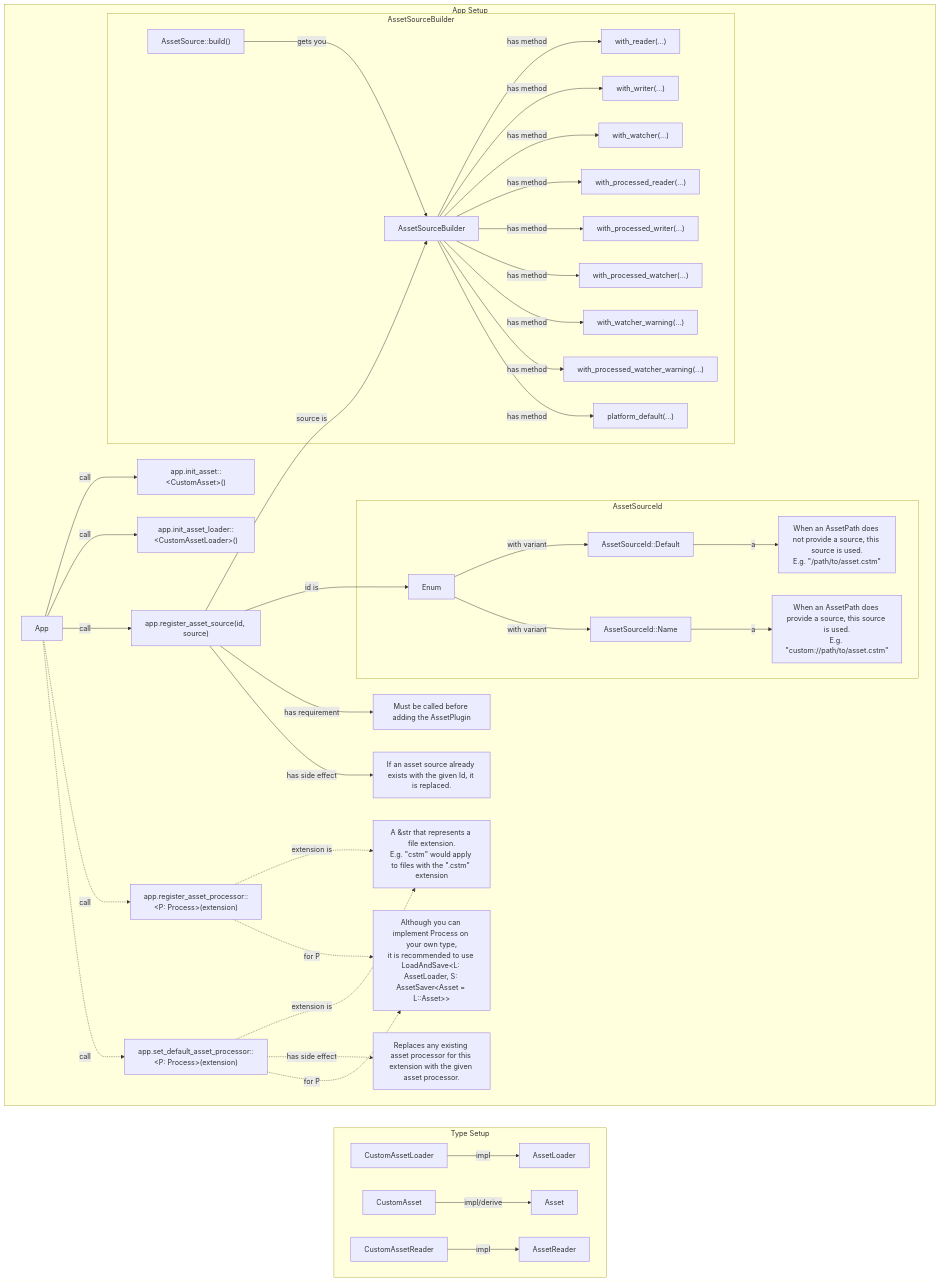
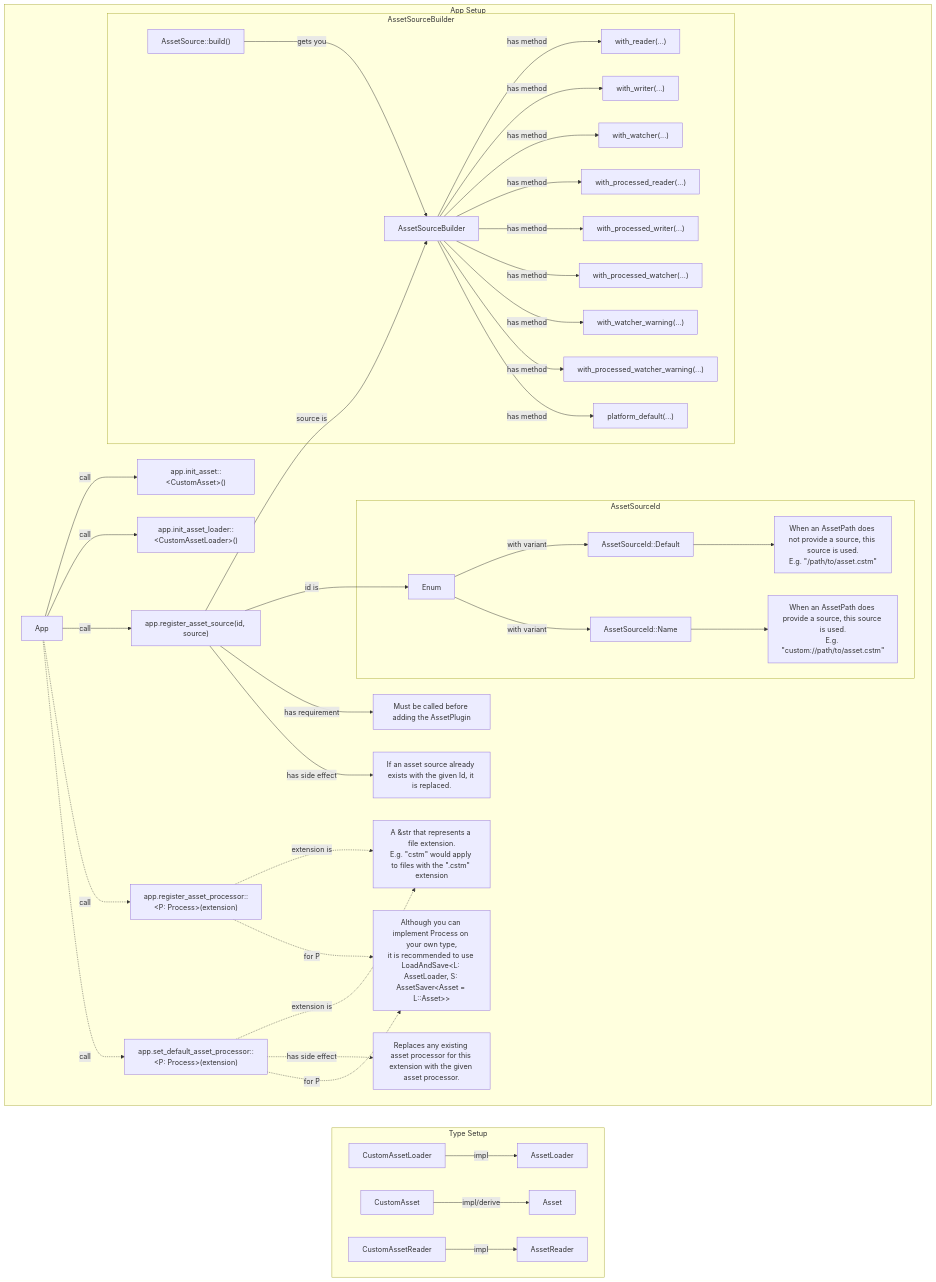
One commit to thepackett/BevyAssetsScratchpad changed the diagram in README.md. Above: the diagram before and after it, drawn with Mermaid. The commit also changed other lines of this file, not shown here.

````diff
--- a/README.md
+++ b/README.md
@@ -4,79 +4,79 @@
 ```mermaid
 graph TD
 subgraph AppSetup[App Setup]
   direction LR
   app -->|call| init_asset
   app -->|call| init_asset_loader
   app -->|call| register_asset_source
   app -.->|call| register_asset_processor
   app -.->|call| set_default_asset_processor
   register_asset_source -->|id is| asset_source_id
   register_asset_source -->|source is| asset_source_builder
   register_asset_source -->|has requirement| register_asset_source_note_requirement
   register_asset_source -->|has side effect| register_asset_source_note_side_effect
   register_asset_processor -.->|extension is| asset_processor_extension
   register_asset_processor -.->|for P| processor_note
   set_default_asset_processor -.->|extension is| asset_processor_extension
   set_default_asset_processor -.->|has side effect| set_default_asset_processor_side_effect
   set_default_asset_processor -.->|for P| processor_note
   app["App"]
   init_asset["app.init_asset::&lt;CustomAsset&gt;()"]
   init_asset_loader["app.init_asset_loader::&lt;CustomAssetLoader&gt;()"]
   register_asset_source["app.register_asset_source(id, source)"]
   register_asset_processor["app.register_asset_processor::&lt;P: Process&gt;(extension)"]
   set_default_asset_processor["app.set_default_asset_processor::&lt;P: Process&gt;(extension)"]
   set_default_asset_processor_side_effect["Replaces any existing asset processor for this extension with the given asset processor."]
   register_asset_source_note_requirement["Must be called before adding the AssetPlugin"]
   register_asset_source_note_side_effect["If an asset source already exists with the given Id, it is replaced."]
   asset_processor_extension["A &str that represents a file extension.\nE.g. &quot;cstm&quot; would apply to files with the &quot;.cstm&quot; extension"]
   processor_note["Although you can implement Process on your own type,\nit is recommended to use LoadAndSave&lt;L: AssetLoader, S: AssetSaver&lt;Asset = L::Asset&gt;&gt;"]
   subgraph AssetSourceId
     asset_source_id -->|with variant| asset_source_id_default
     asset_source_id -->|with variant| asset_source_id_name
-    asset_source_id_default -->|a| asset_source_id_default_explanation
-    asset_source_id_name -->|a| asset_source_id_name_explanation
+    asset_source_id_default --> asset_source_id_default_explanation
+    asset_source_id_name --> asset_source_id_name_explanation
     asset_source_id["Enum"]
     asset_source_id_default["AssetSourceId::Default"]
     asset_source_id_name["AssetSourceId::Name"]
     asset_source_id_default_explanation["When an AssetPath does not provide a source, this source is used.\nE.g. &quot;/path/to/asset.cstm&quot;"]
     asset_source_id_name_explanation["When an AssetPath does provide a source, this source is used.\nE.g. &quot;custom://path/to/asset.cstm&quot;"]
   end
   subgraph AssetSourceBuilder
     asset_source_builder_get -->|gets you| asset_source_builder
     asset_source_builder -->|has method| asset_source_builder_with_reader
     asset_source_builder -->|has method| asset_source_builder_with_writer
     asset_source_builder -->|has method| asset_source_builder_with_watcher
     asset_source_builder -->|has method| asset_source_builder_with_processed_reader
     asset_source_builder -->|has method| asset_source_builder_with_processed_writer
     asset_source_builder -->|has method| asset_source_builder_with_processed_watcher
     asset_source_builder -->|has method| asset_source_builder_with_watcher_warning
     asset_source_builder -->|has method| asset_source_builder_with_processed_watcher_warning
     asset_source_builder -->|has method| asset_source_builder_platform_default
 
     asset_source_builder["AssetSourceBuilder"]
     asset_source_builder_get["AssetSource::build()"]
     asset_source_builder_with_reader["with_reader(...)"]
     asset_source_builder_with_writer["with_writer(...)"]
     asset_source_builder_with_watcher["with_watcher(...)"]
     asset_source_builder_with_processed_reader["with_processed_reader(...)"]
     asset_source_builder_with_processed_writer["with_processed_writer(...)"]
     asset_source_builder_with_processed_watcher["with_processed_watcher(...)"]
     asset_source_builder_with_watcher_warning["with_watcher_warning(...)"]
     asset_source_builder_with_processed_watcher_warning["with_processed_watcher_warning(...)"]
     asset_source_builder_platform_default["platform_default(...)"]
   end
 end
 subgraph TypeSetup[Type Setup]
   direction LR
   custom_asset_loader -->|impl| asset_loader
   custom_asset -->|impl/derive| asset
   custom_asset_reader -->|impl| asset_reader
   custom_asset_loader["CustomAssetLoader"]
   custom_asset_reader["CustomAssetReader"]
   asset_loader["AssetLoader"]
   asset_reader["AssetReader"]
   custom_asset["CustomAsset"]
   asset["Asset"]
 end
 AppSetup ~~~ TypeSetup
 ```
````
